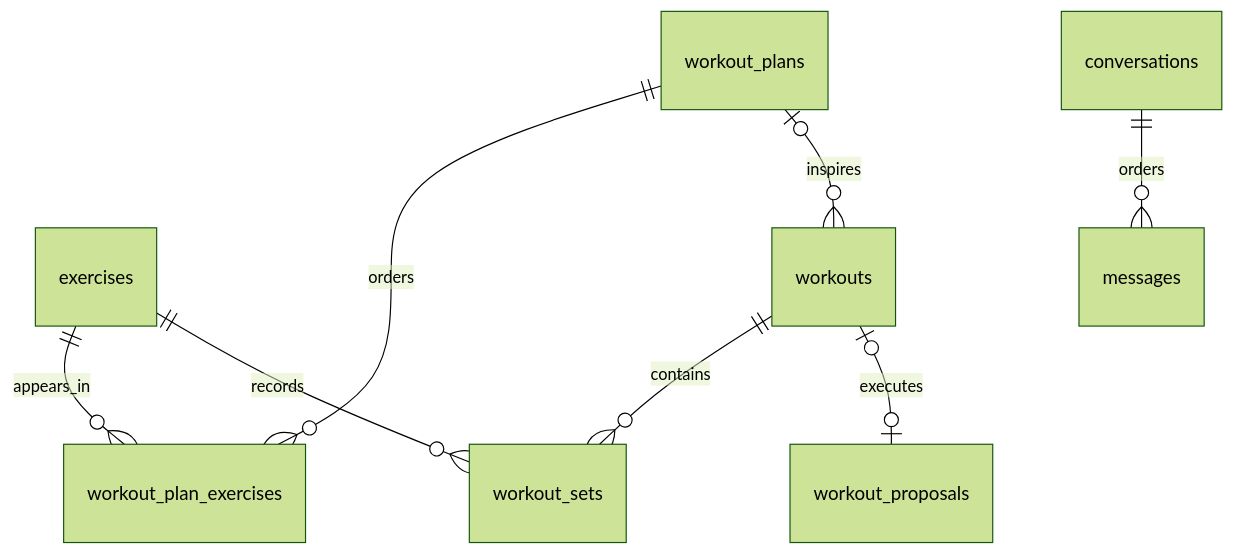
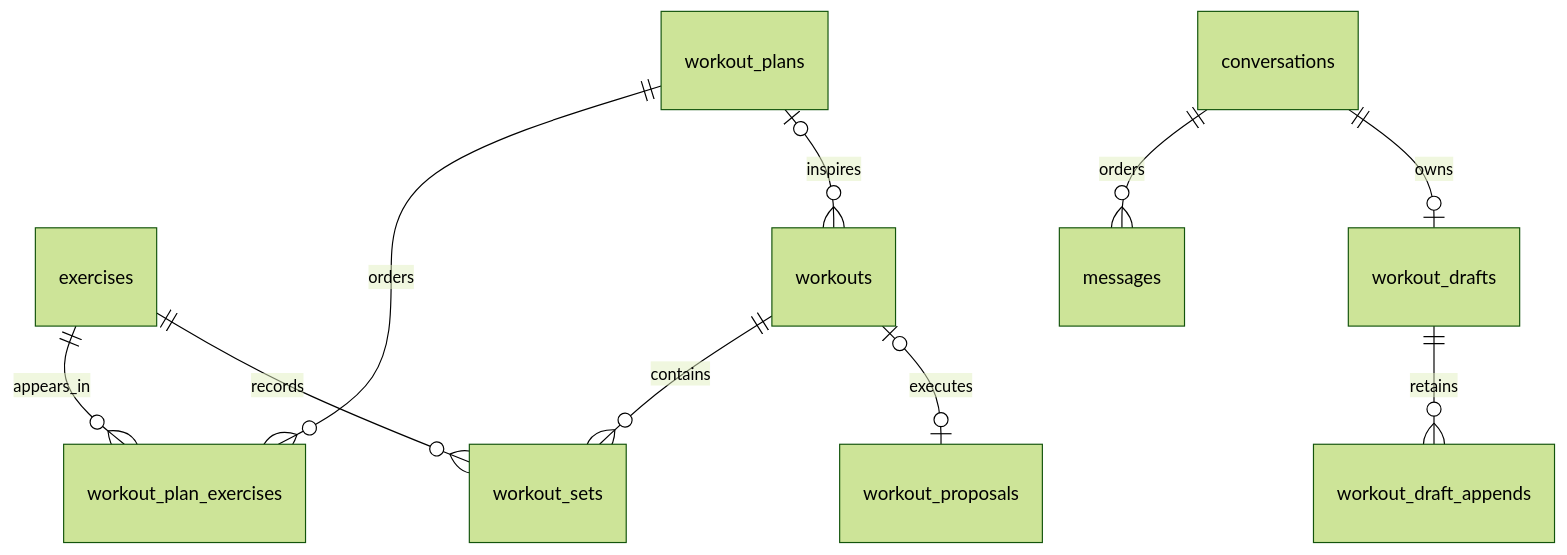
Before and after one commit to Unquery/Ai-Gym-Coach-Agent: the diagram in docs/DATABASE.md, drawn with Mermaid (forest theme). The commit also changed other lines of this file and 3 other files, not shown here.

````diff
--- a/docs/DATABASE.md
+++ b/docs/DATABASE.md
@@ -11,10 +11,12 @@
 ```mermaid
 erDiagram
     exercises ||--o{ workout_plan_exercises : appears_in
     workout_plans ||--o{ workout_plan_exercises : orders
     workout_plans o|--o{ workouts : inspires
     workouts ||--o{ workout_sets : contains
     exercises ||--o{ workout_sets : records
     workouts o|--o| workout_proposals : executes
     conversations ||--o{ messages : orders
+    conversations ||--o| workout_drafts : owns
+    workout_drafts ||--o{ workout_draft_appends : retains
 ```
````
